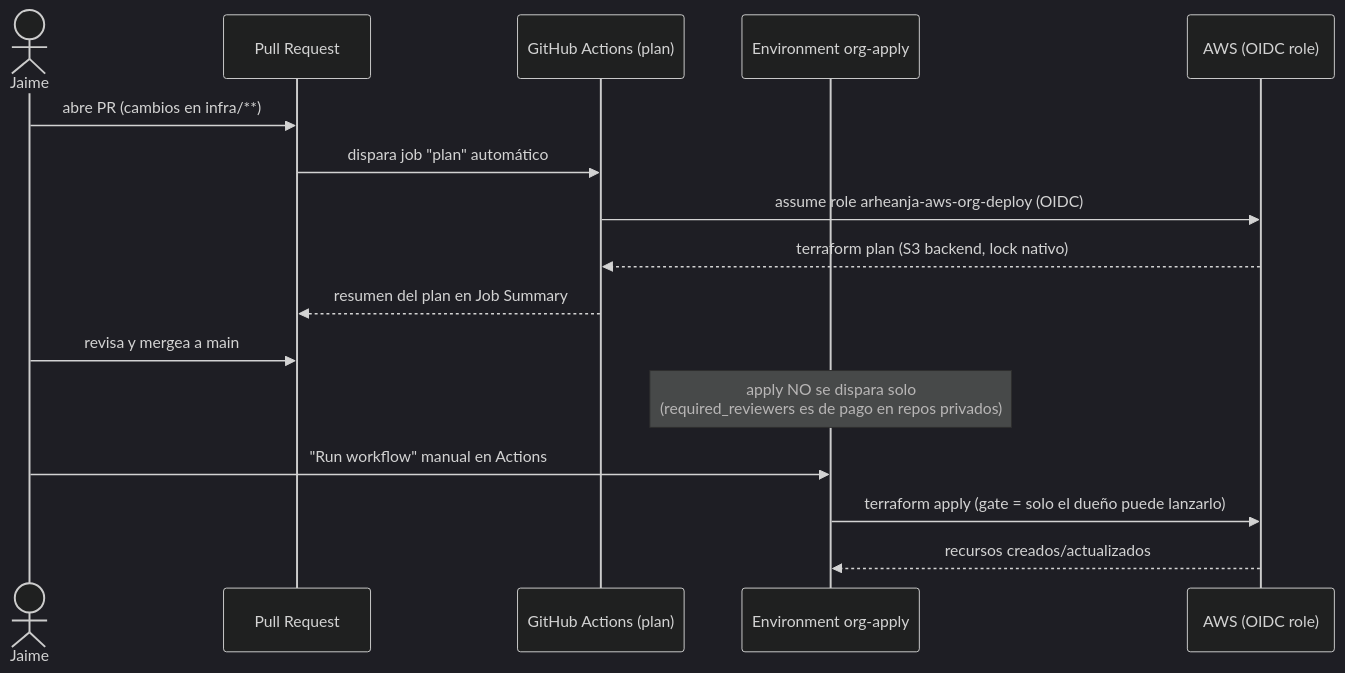
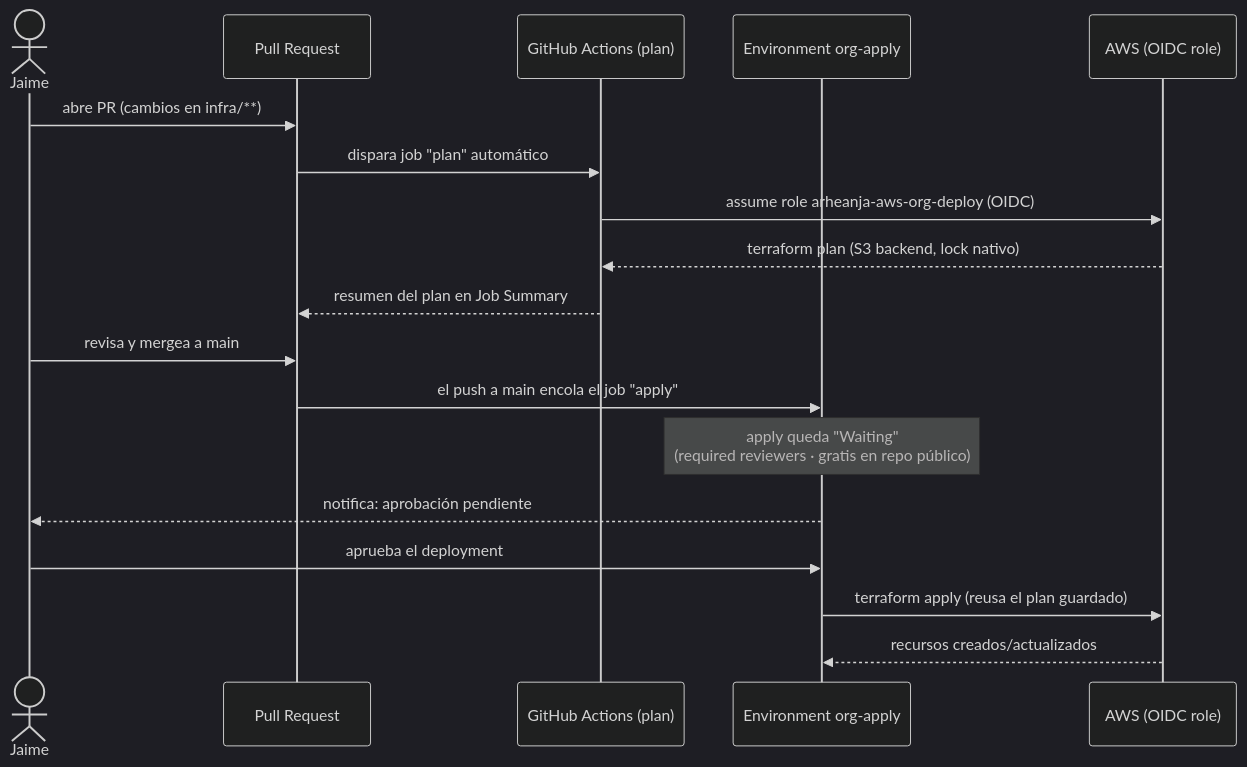
One commit to arheanja-ops/arheanja-aws-org changed the second of 2 diagrams in README.md. Above: the diagram before and after it, drawn with Mermaid (dark theme). The commit also changed other lines of this file and 2 other files, not shown here.

First line of the commit message:
ci: apply con aprobación por environment al mergear (repo público)

````diff
--- a/README.md
+++ b/README.md
@@ -40,19 +40,21 @@
 ```mermaid
 sequenceDiagram
     actor Dev as Jaime
     participant PR as Pull Request
     participant CI as GitHub Actions (plan)
     participant GH as Environment org-apply
     participant AWS as AWS (OIDC role)
 
     Dev->>PR: abre PR (cambios en infra/**)
     PR->>CI: dispara job "plan" automático
     CI->>AWS: assume role arheanja-aws-org-deploy (OIDC)
     AWS-->>CI: terraform plan (S3 backend, lock nativo)
     CI-->>PR: resumen del plan en Job Summary
     Dev->>PR: revisa y mergea a main
-    Note over GH: apply NO se dispara solo<br/>(required_reviewers es de pago en repos privados)
-    Dev->>GH: "Run workflow" manual en Actions
-    GH->>AWS: terraform apply (gate = solo el dueño puede lanzarlo)
+    PR->>GH: el push a main encola el job "apply"
+    Note over GH: apply queda "Waiting"<br/>(required reviewers · gratis en repo público)
+    GH-->>Dev: notifica: aprobación pendiente
+    Dev->>GH: aprueba el deployment
+    GH->>AWS: terraform apply (reusa el plan guardado)
     AWS-->>GH: recursos creados/actualizados
 ```
````
